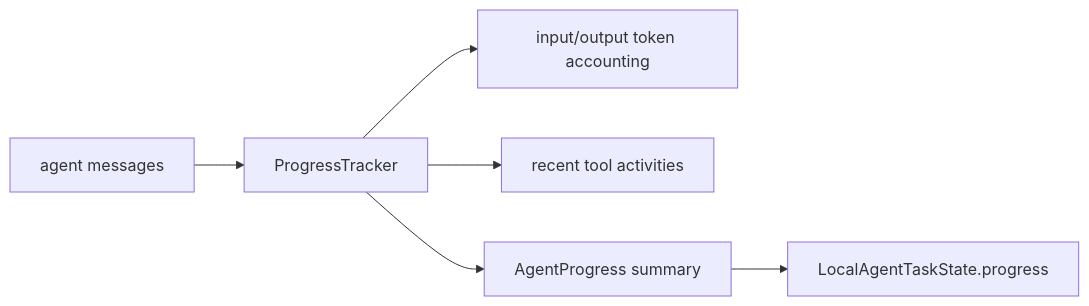
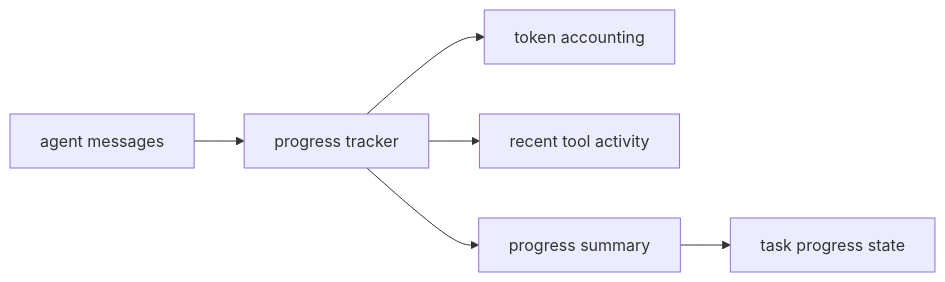
Before and after one commit to AICCer1/claude-code-build-architecture-deep-dive: diagram 35 of 44 in docs/00-architecture-all-in-one.md, drawn with Mermaid. The commit also changed other lines of this file, not shown here.

Commit message:
Fix Mermaid rendering in agent task runtime diagrams

````diff
--- a/docs/00-architecture-all-in-one.md
+++ b/docs/00-architecture-all-in-one.md
@@ -843,8 +843,8 @@
 ```mermaid
 flowchart LR
-    AgentMessages[agent messages] --> ProgressTracker[ProgressTracker]
-    ProgressTracker --> Usage[input/output token accounting]
-    ProgressTracker --> Activities[recent tool activities]
-    ProgressTracker --> Summary[AgentProgress summary]
-    Summary --> TaskState[LocalAgentTaskState.progress]
+    AgentMessages[agent messages] --> ProgressTracker[progress tracker]
+    ProgressTracker --> Usage[token accounting]
+    ProgressTracker --> Activities[recent tool activity]
+    ProgressTracker --> Summary[progress summary]
+    Summary --> TaskState[task progress state]
 ```
````
